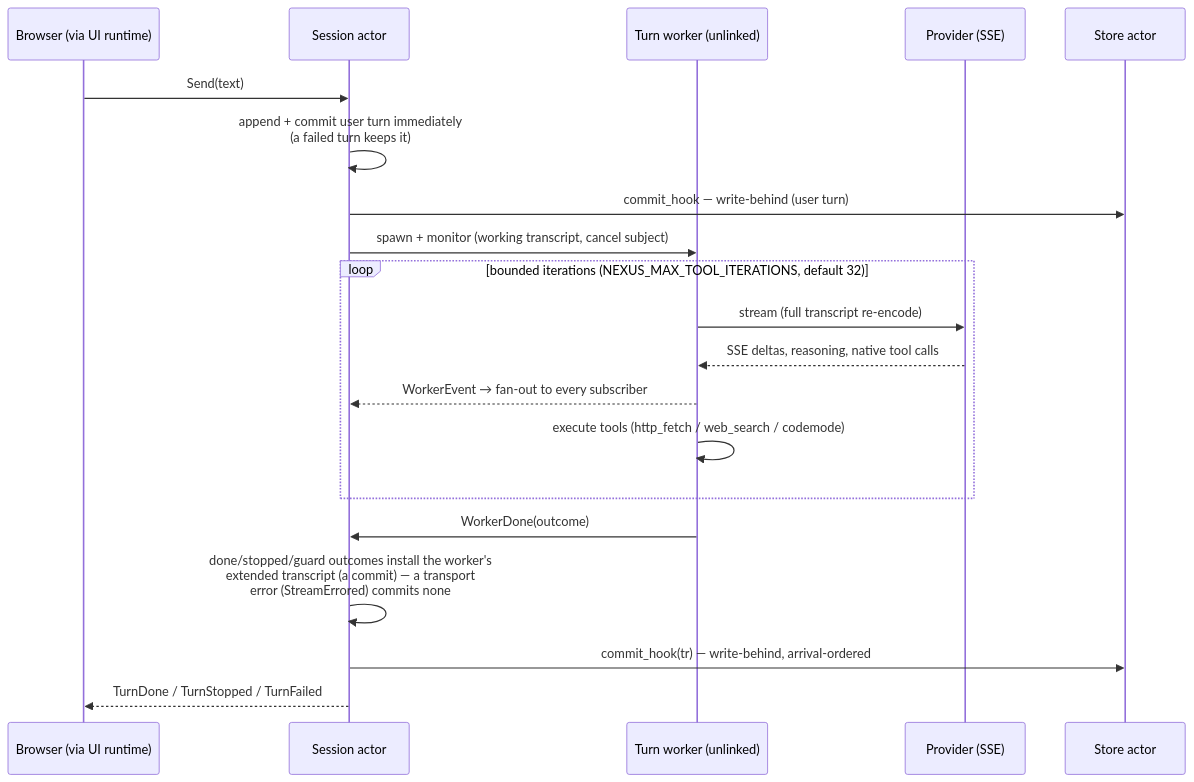
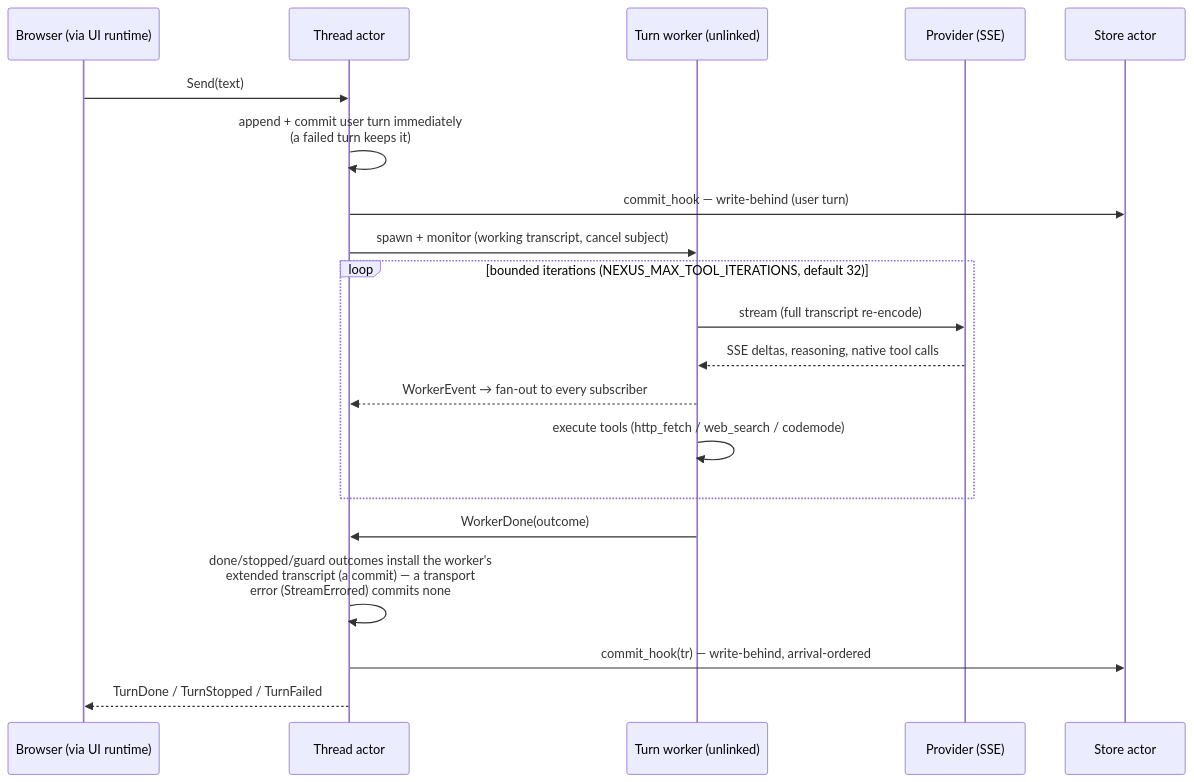
The fourth of 4 diagrams in ARCHITECTURE.md (jhillyerd/nexus), drawn with Mermaid before and after one commit. The commit also changed other lines of this file and 71 other files, not shown here.

First line of the commit message:
refactor: rename session → thread everywhere (#70)

````diff
--- a/ARCHITECTURE.md
+++ b/ARCHITECTURE.md
@@ -221,23 +222,23 @@
 ```mermaid
 sequenceDiagram
     participant B as Browser (via UI runtime)
-    participant S as Session actor
+    participant S as Thread actor
     participant W as Turn worker (unlinked)
     participant L as Provider (SSE)
     participant St as Store actor
 
     B->>S: Send(text)
     S->>S: append + commit user turn immediately<br/>(a failed turn keeps it)
     S->>St: commit_hook — write-behind (user turn)
     S->>W: spawn + monitor (working transcript, cancel subject)
     loop bounded iterations (NEXUS_MAX_TOOL_ITERATIONS, default 32)
         W->>L: stream (full transcript re-encode)
         L-->>W: SSE deltas, reasoning, native tool calls
         W-->>S: WorkerEvent → fan-out to every subscriber
         W->>W: execute tools (http_fetch / web_search / codemode)
     end
     W->>S: WorkerDone(outcome)
     S->>S: done/stopped/guard outcomes install the worker's<br/>extended transcript (a commit) — a transport<br/>error (StreamErrored) commits none
     S->>St: commit_hook(tr) — write-behind, arrival-ordered
     S-->>B: TurnDone / TurnStopped / TurnFailed
 ```
````
